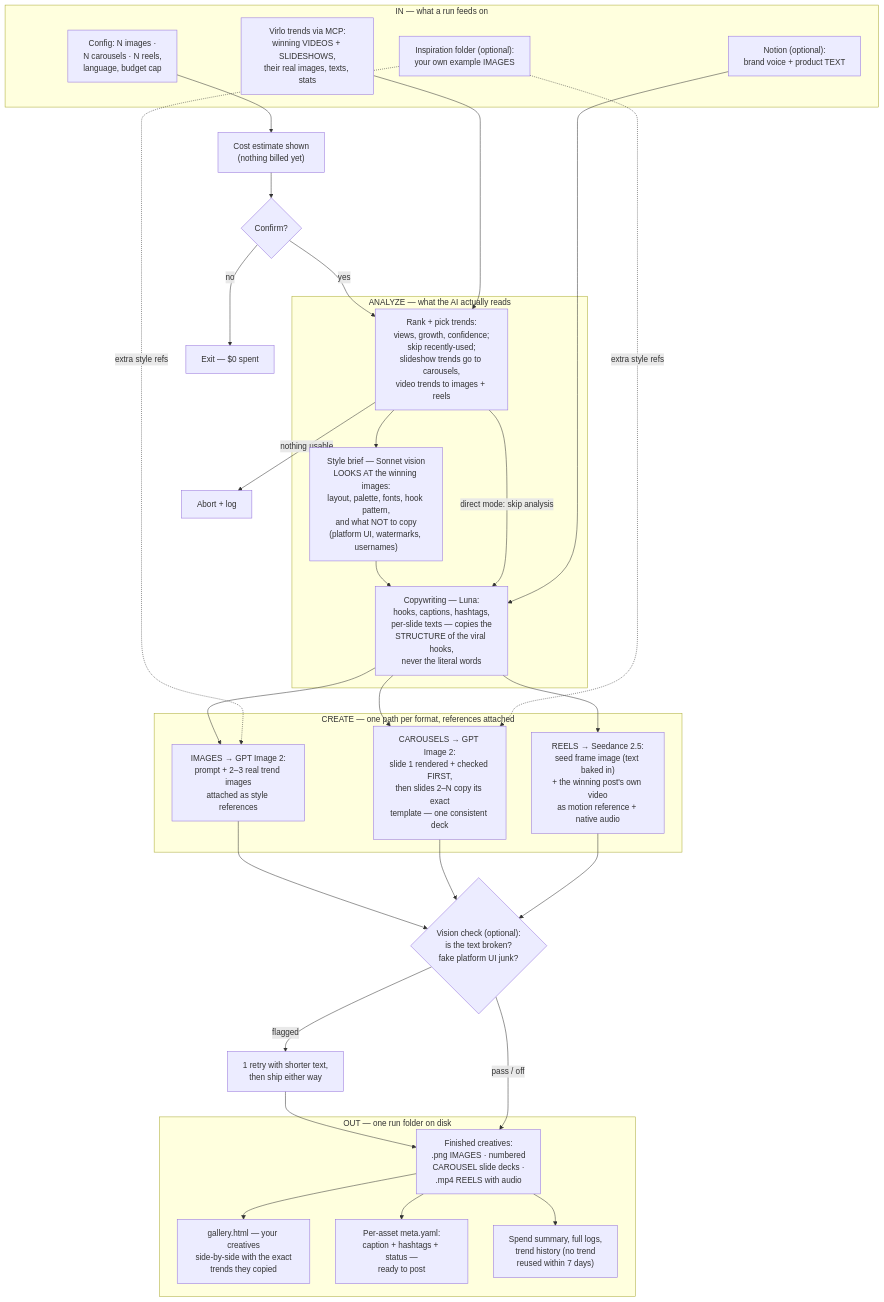
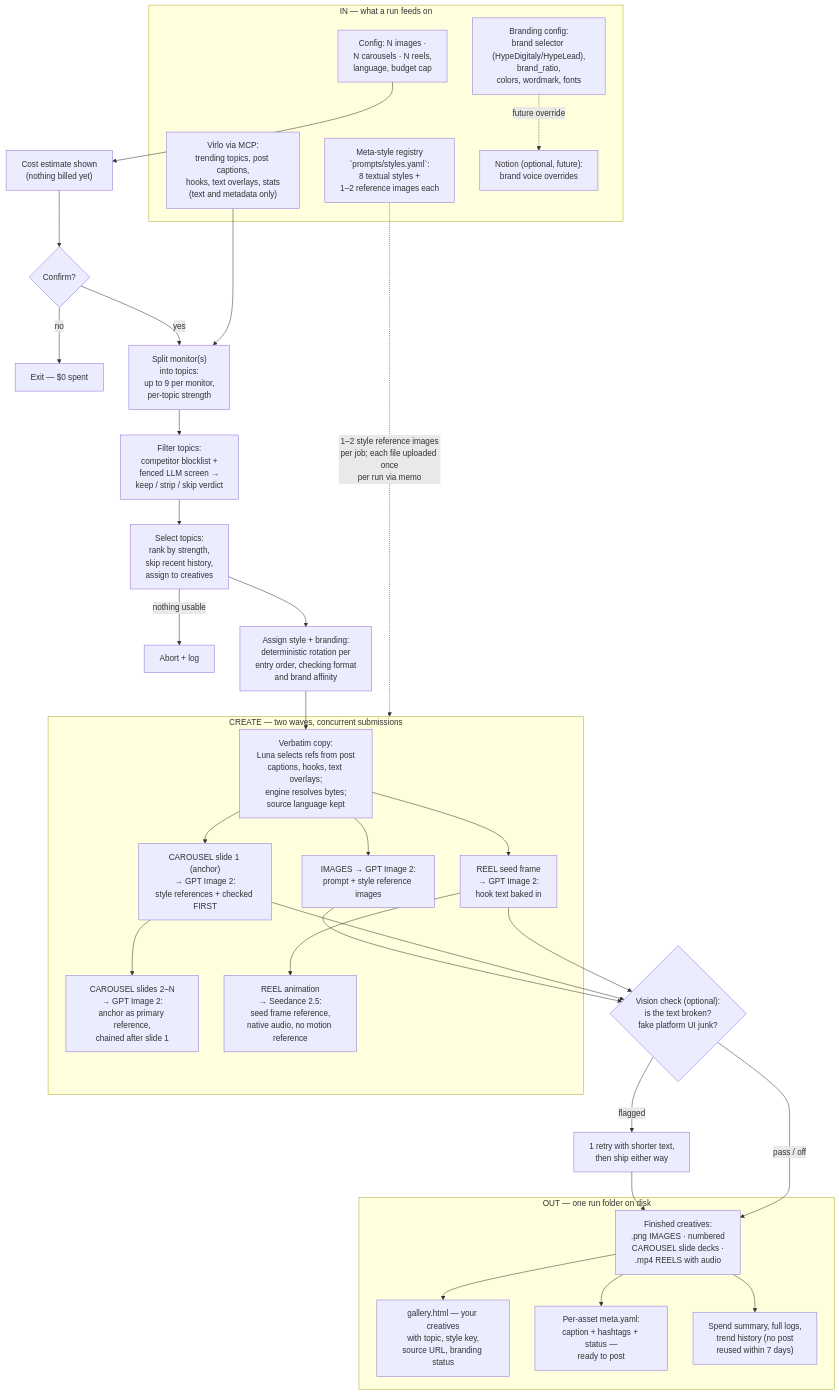
Before and after one commit to HypeDigitaly/HypeSocials: the diagram in prds/00-overview.md, drawn with Mermaid. The commit also changed other lines of this file and 303 other files, not shown here.

Commit message:
Wave 0: PRDs v2.0.0 (topic-first pivot), diagram + PRD.html rebuilt, plan v2.3 + closeout

````diff
--- a/prds/00-overview.md
+++ b/prds/00-overview.md
@@ -58,44 +72,49 @@
 ```mermaid
 flowchart TD
     subgraph Inputs["IN — what a run feeds on"]
-        V["Virlo trends via MCP:<br/>winning VIDEOS + SLIDESHOWS,<br/>their real images, texts, stats"]
-        INSP["Inspiration folder (optional):<br/>your own example IMAGES"]
-        NO["Notion (optional):<br/>brand voice + product TEXT"]
+        V["Virlo via MCP:<br/>trending topics, post captions,<br/>hooks, text overlays, stats<br/>(text and metadata only)"]
+        STY["Meta-style registry<br/>`prompts/styles.yaml`:<br/>8 textual styles +<br/>1–2 reference images each"]
+        BR["Branding config:<br/>brand selector (HypeDigitaly/HypeLead),<br/>brand_ratio,<br/>colors, wordmark, fonts"]
+        NO["Notion (optional, future):<br/>brand voice overrides"]
         CFG["Config: N images ·<br/>N carousels · N reels,<br/>language, budget cap"]
     end
 
     CFG --> EST["Cost estimate shown<br/>(nothing billed yet)"] --> GATE{"Confirm?"}
     GATE -- "no" --> X0["Exit — $0 spent"]
-    GATE -- "yes" --> RANK
+    GATE -- "yes" --> SPLIT
 
-    V --> RANK["Rank + pick trends:<br/>views, growth, confidence;<br/>skip recently-used;<br/>slideshow trends go to carousels,<br/>video trends to images + reels"]
-    RANK -- "nothing usable" --> XA["Abort + log"]
+    V --> SPLIT["Split monitor(s)<br/>into topics:<br/>up to 9 per monitor,<br/>per-topic strength"]
+    
+    SPLIT --> FILT["Filter topics:<br/>competitor blocklist +<br/>fenced LLM screen →<br/>keep / strip / skip verdict"]
+    
+    FILT --> SEL["Select topics:<br/>rank by strength,<br/>skip recent history,<br/>assign to creatives"]
+    SEL -- "nothing usable" --> XA["Abort + log"]
 
-    subgraph Understand["ANALYZE — what the AI actually reads"]
-        RANK --> BRIEF["Style brief — Sonnet vision<br/>LOOKS AT the winning images:<br/>layout, palette, fonts, hook pattern,<br/>and what NOT to copy<br/>(platform UI, watermarks, usernames)"]
-        BRIEF --> COPY["Copywriting — Luna:<br/>hooks, captions, hashtags,<br/>per-slide texts — copies the<br/>STRUCTURE of the viral hooks,<br/>never the literal words"]
-        RANK -- "direct mode: skip analysis" --> COPY
-        NO --> COPY
+    SEL --> ASSIGN["Assign style + branding:<br/>deterministic rotation per<br/>entry order, checking format<br/>and brand affinity"]
+
+    ASSIGN --> COPY["Verbatim copy:<br/>Luna selects refs from post<br/>captions, hooks, text overlays;<br/>engine resolves bytes;<br/>source language kept"]
+
+    subgraph Create["CREATE — two waves, concurrent submissions"]
+        COPY --> IMG["IMAGES → GPT Image 2:<br/>prompt + style reference images"]
+        COPY --> CAR1["CAROUSEL slide 1 (anchor)<br/>→ GPT Image 2:<br/>style references + checked FIRST"]
+        COPY --> SEED["REEL seed frame<br/>→ GPT Image 2:<br/>hook text baked in"]
+        CAR1 --> CAR2["CAROUSEL slides 2–N<br/>→ GPT Image 2:<br/>anchor as primary reference,<br/>chained after slide 1"]
+        SEED --> REEL["REEL animation<br/>→ Seedance 2.5:<br/>seed frame reference,<br/>native audio, no motion reference"]
     end
 
-    subgraph Create["CREATE — one path per format, references attached"]
-        COPY --> IMG["IMAGES → GPT Image 2:<br/>prompt + 2–3 real trend images<br/>attached as style references"]
-        COPY --> CAR["CAROUSELS → GPT Image 2:<br/>slide 1 rendered + checked FIRST,<br/>then slides 2–N copy its exact<br/>template — one consistent deck"]
-        COPY --> REEL["REELS → Seedance 2.5:<br/>seed frame image (text baked in)<br/>+ the winning post's own video<br/>as motion reference + native audio"]
-    end
-    INSP -.->|extra style refs| IMG
-    INSP -.->|extra style refs| CAR
+    STY -.->|1–2 style reference images<br/>per job; each file uploaded once<br/>per run via memo| Create
+    BR -.->|future override| NO
 
     IMG --> VC{"Vision check (optional):<br/>is the text broken?<br/>fake platform UI junk?"}
-    CAR --> VC
-    REEL --> VC
+    CAR1 --> VC
+    SEED --> VC
     VC -- "flagged" --> RETRY["1 retry with shorter text,<br/>then ship either way"] --> OUT
     VC -- "pass / off" --> OUT
 
     subgraph Outputs["OUT — one run folder on disk"]
         OUT["Finished creatives:<br/>.png IMAGES · numbered<br/>CAROUSEL slide decks ·<br/>.mp4 REELS with audio"]
-        OUT --> GAL["gallery.html — your creatives<br/>side-by-side with the exact<br/>trends they copied"]
+        OUT --> GAL["gallery.html — your creatives<br/>with topic, style key,<br/>source URL, branding status"]
         OUT --> META["Per-asset meta.yaml:<br/>caption + hashtags + status —<br/>ready to post"]
-        OUT --> SUM["Spend summary, full logs,<br/>trend history (no trend<br/>reused within 7 days)"]
+        OUT --> SUM["Spend summary, full logs,<br/>trend history (no post<br/>reused within 7 days)"]
     end
 ```
````
